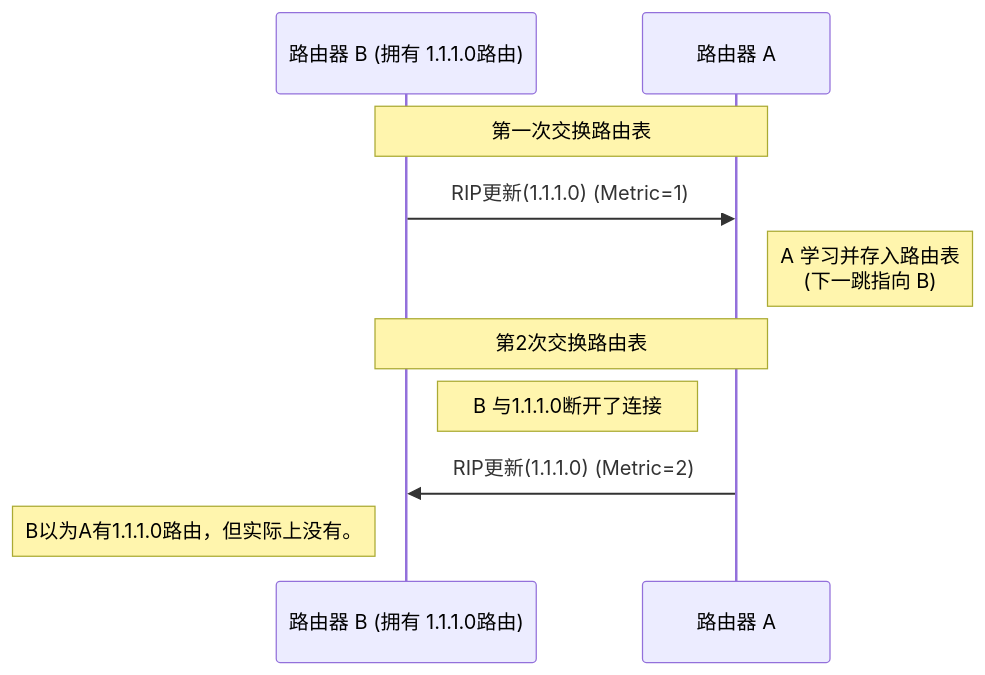
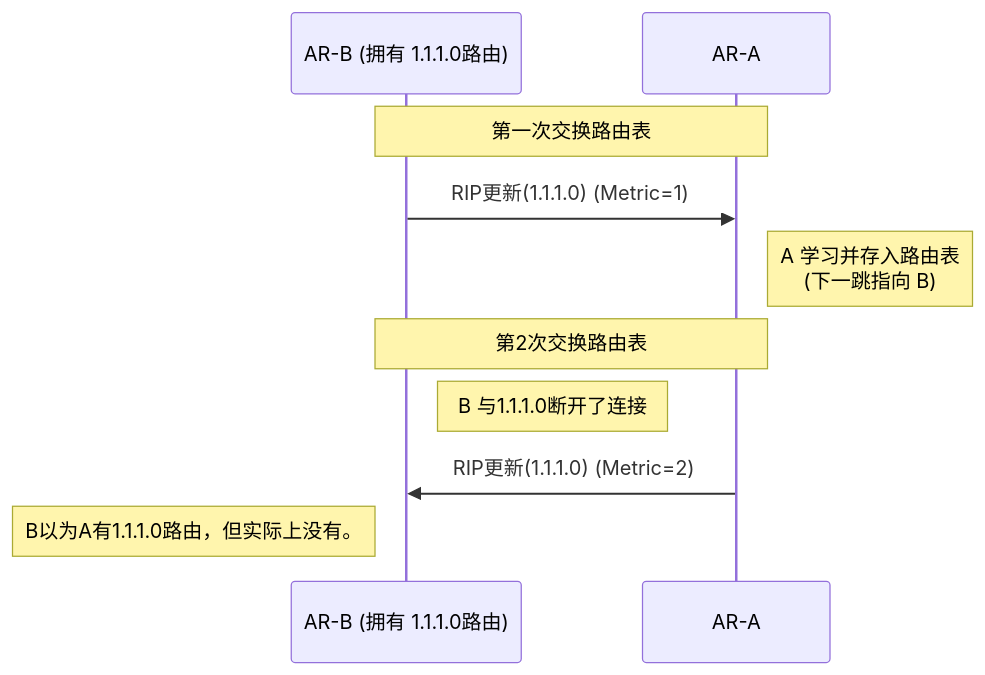
The third of 3 diagrams in 理论/路由技术/RIP.md (Wavepoet/hikari_Notes_Datacom), drawn with Mermaid before and after one commit. The commit also changed other lines of this file and 1 other file, not shown here.

````diff
--- a/理论/路由技术/RIP.md
+++ b/理论/路由技术/RIP.md
@@ -100,14 +98,14 @@
 ```mermaid
 sequenceDiagram
-    participant B as 路由器 B (拥有 1.1.1.0路由)
-    participant A as 路由器 A
+    participant B as AR-B (拥有 1.1.1.0路由)
+    participant A as AR-A
 
     Note over B, A: 第一次交换路由表
     B->>A: RIP更新(1.1.1.0) (Metric=1)
     Note right of A: A 学习并存入路由表<br/>(下一跳指向 B)
 
     Note over B, A: 第2次交换路由表
     Note right of B: B 与1.1.1.0断开了连接
     A->>B: RIP更新(1.1.1.0) (Metric=2)
        Note left of B: B以为A有1.1.1.0路由，但实际上没有。
 ```
````
